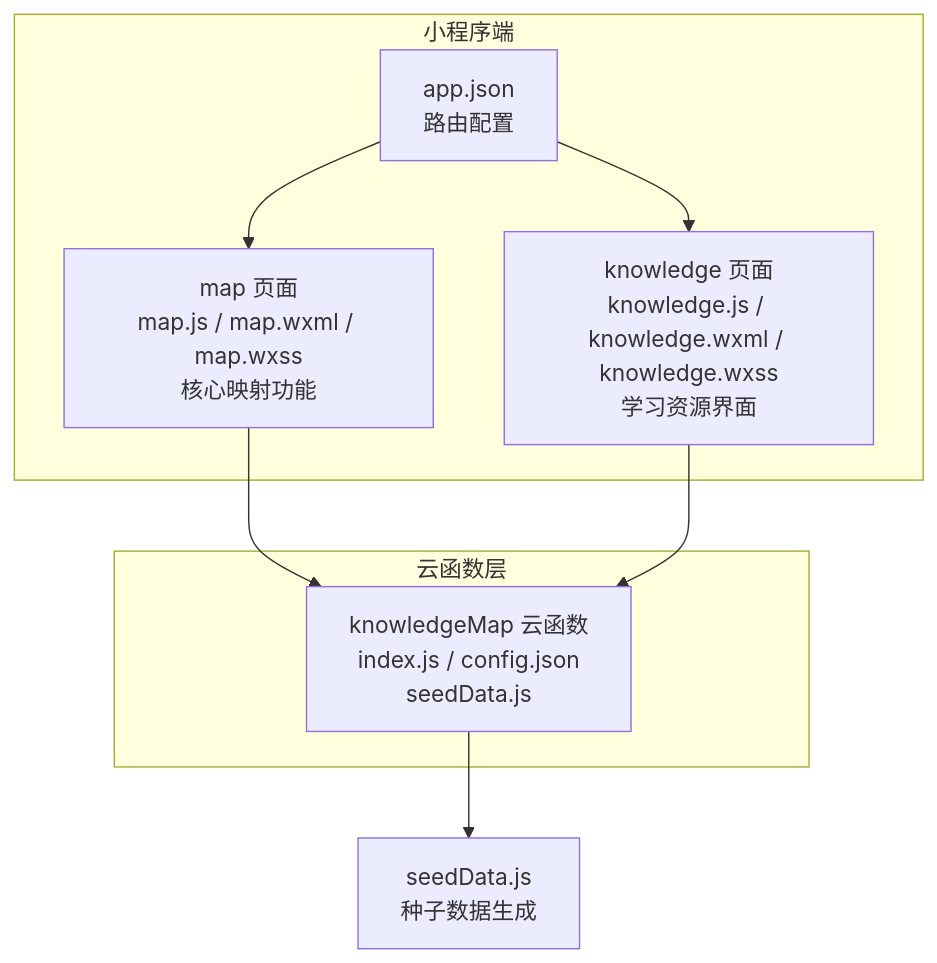
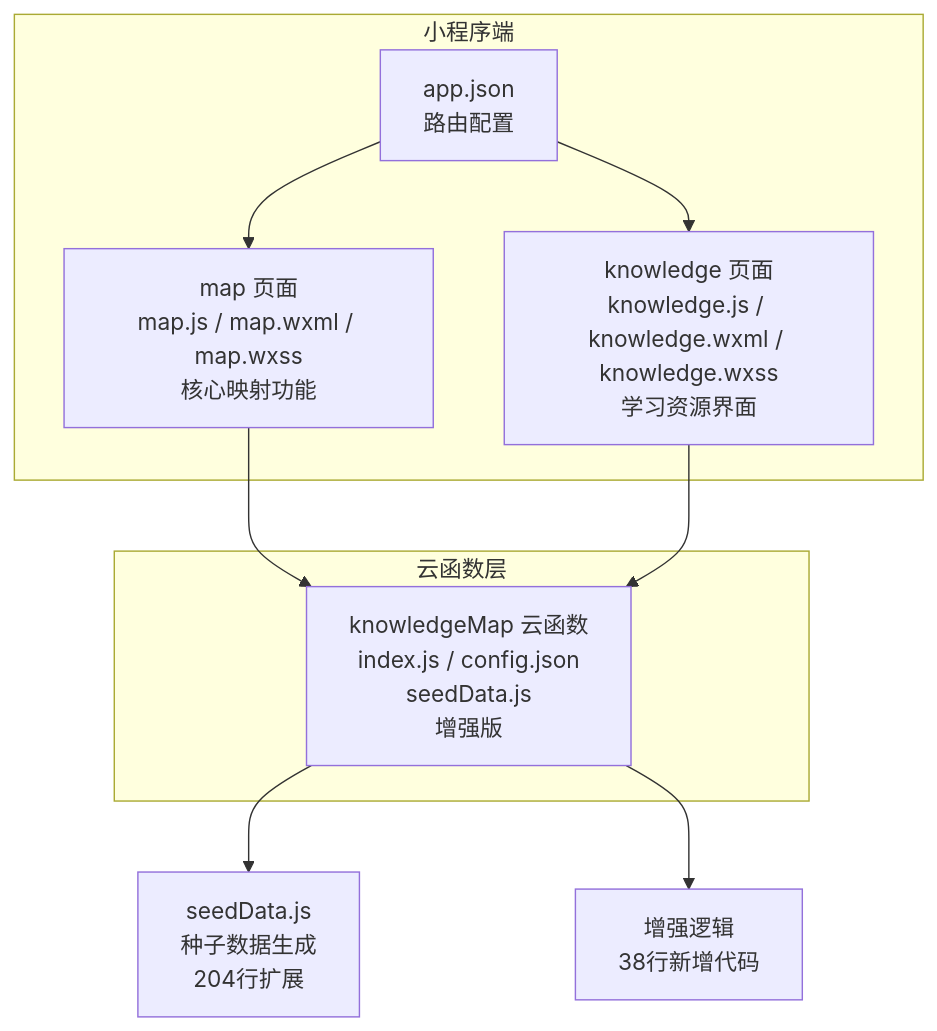
Before and after one commit to cwb7756/bio: the first of 5 diagrams in .qoder/repowiki/zh/content/核心功能模块/知识图谱系统/知识图谱系统.md, drawn with Mermaid. The commit also changed other lines of this file and 19 other files, not shown here.

First line of the commit message:
chore(data): 删除冗余的 _new_nodes.json 文件

````diff
--- a/.qoder/repowiki/zh/content/核心功能模块/知识图谱系统/知识图谱系统.md
+++ b/.qoder/repowiki/zh/content/核心功能模块/知识图谱系统/知识图谱系统.md
@@ -55,16 +58,17 @@
 ```mermaid
 graph TB
 subgraph "小程序端"
 APP["app.json<br/>路由配置"]
 MAP_PAGE["map 页面<br/>map.js / map.wxml / map.wxss<br/>核心映射功能"]
 KNOWLEDGE_PAGE["knowledge 页面<br/>knowledge.js / knowledge.wxml / knowledge.wxss<br/>学习资源界面"]
 end
 subgraph "云函数层"
-KM_CF["knowledgeMap 云函数<br/>index.js / config.json<br/>seedData.js"]
+KM_CF["knowledgeMap 云函数<br/>index.js / config.json<br/>seedData.js<br/>增强版"]
 end
 APP --> MAP_PAGE
 APP --> KNOWLEDGE_PAGE
 MAP_PAGE --> KM_CF
 KNOWLEDGE_PAGE --> KM_CF
-KM_CF --> SEED_DATA["seedData.js<br/>种子数据生成"]
+KM_CF --> SEED_DATA["seedData.js<br/>种子数据生成<br/>204行扩展"]
+KM_CF --> ENHANCED_LOGIC["增强逻辑<br/>38行新增代码"]
 ```
````
